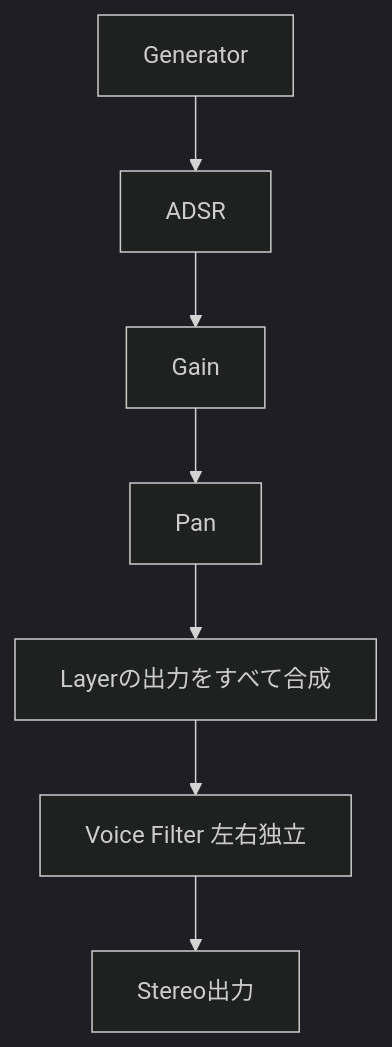
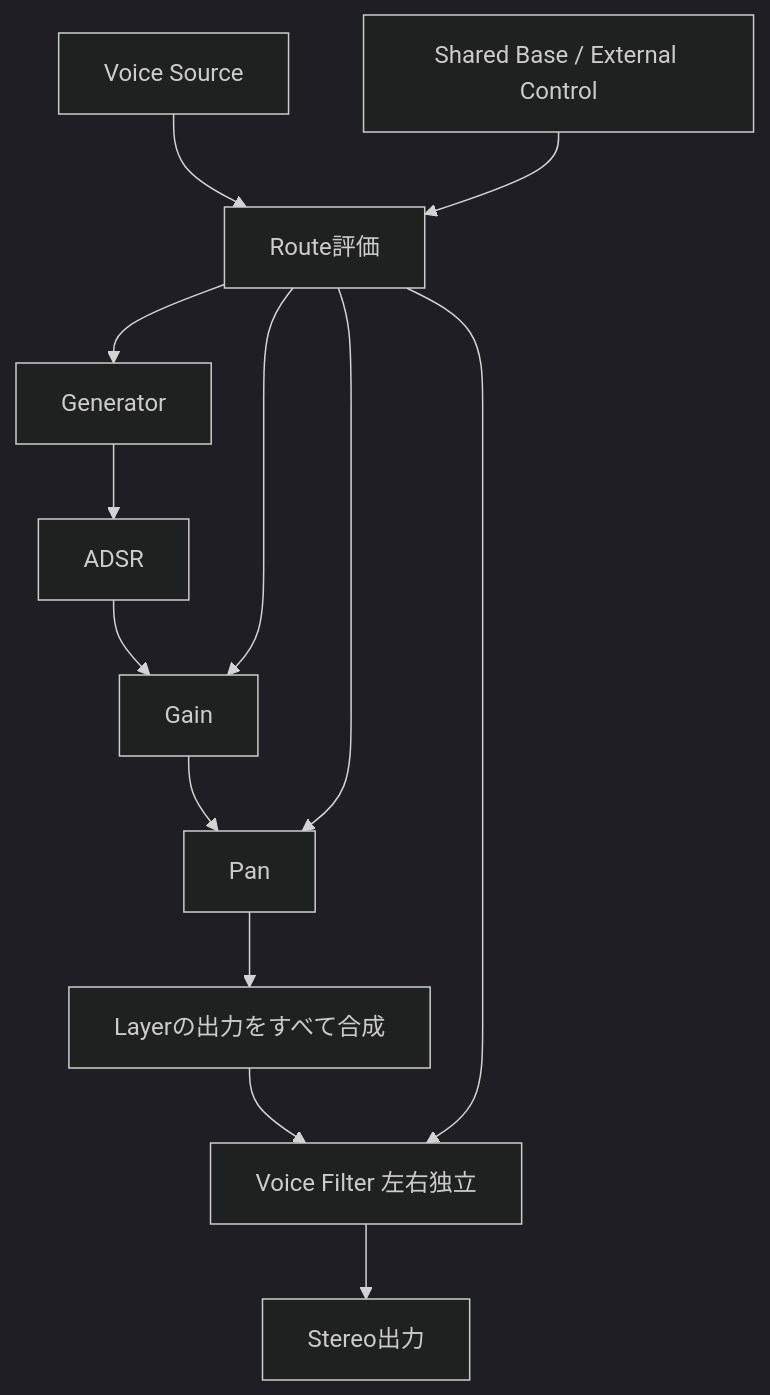
One commit to endo-ly/sonalloy changed the third of 4 diagrams in docs/runtime-processing.md. Above: the diagram before and after it, drawn with Mermaid (dark theme). The commit also changed other lines of this file and 18 other files, not shown here.

````diff
--- a/docs/runtime-processing.md
+++ b/docs/runtime-processing.md
@@ -80,9 +81,15 @@
 ```mermaid
 flowchart TD
     G[Generator] --> E[ADSR]
     E --> A[Gain]
     A --> P[Pan]
     P --> M[Layerの出力をすべて合成]
     M --> F[Voice Filter 左右独立]
     F --> O[Stereo出力]
+    S[Voice Source] --> T[Route評価]
+    X[Shared Base / External Control] --> T
+    T --> A
+    T --> P
+    T --> G
+    T --> F
 ```
````
